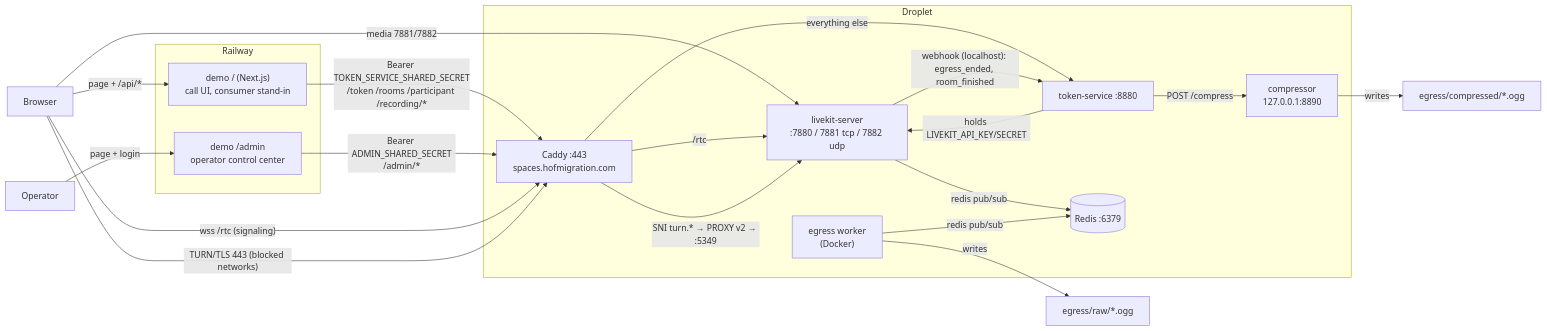
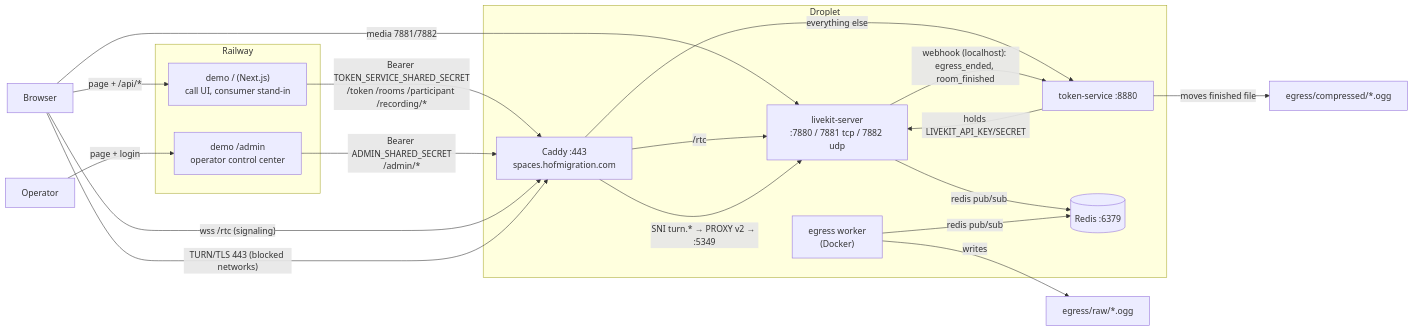
One commit to mustafa-bhatti12/spaces changed the diagram in AGENTS.md. Above: the diagram before and after it, drawn with Mermaid. The commit also changed other lines of this file and 16 other files, not shown here.

Commit message:
recording: egress writes 24 kbps Opus directly; remove the ffmpeg compressor; pin egress v1.14.1

````diff
--- a/AGENTS.md
+++ b/AGENTS.md
@@ -42,32 +42,30 @@
 ```mermaid
 graph LR
   subgraph Railway
     DM["demo / (Next.js)\ncall UI, consumer stand-in"]
     AD["demo /admin\noperator control center"]
   end
   subgraph Droplet
     CA["Caddy :443\nspaces.hofmigration.com"]
     TS["token-service :8880"]
     LK["livekit-server\n:7880 / 7881 tcp / 7882 udp"]
-    CO["compressor\n127.0.0.1:8890"]
     RD[(Redis :6379)]
     EG["egress worker\n(Docker)"]
   end
   Browser -->|page + /api/*| DM
   Operator -->|page + login| AD
   DM -->|"Bearer TOKEN_SERVICE_SHARED_SECRET\n/token /rooms /participant /recording/*"| CA
   AD -->|"Bearer ADMIN_SHARED_SECRET\n/admin/*"| CA
   Browser -->|"wss /rtc (signaling)"| CA
   Browser -->|"media 7881/7882"| LK
   Browser -->|"TURN/TLS 443 (blocked networks)"| CA
   CA -->|/rtc| LK
   CA -->|"SNI turn.* → PROXY v2 → :5349"| LK
   CA -->|everything else| TS
   TS -->|holds LIVEKIT_API_KEY/SECRET| LK
   LK -->|redis pub/sub| RD
   EG -->|redis pub/sub| RD
   EG -->|writes| RAW[egress/raw/*.ogg]
   LK -->|"webhook (localhost): egress_ended, room_finished"| TS
-  TS -->|"POST /compress"| CO
-  CO -->|writes| COMP[egress/compressed/*.ogg]
+  TS -->|"moves finished file"| COMP[egress/compressed/*.ogg]
 ```
````
